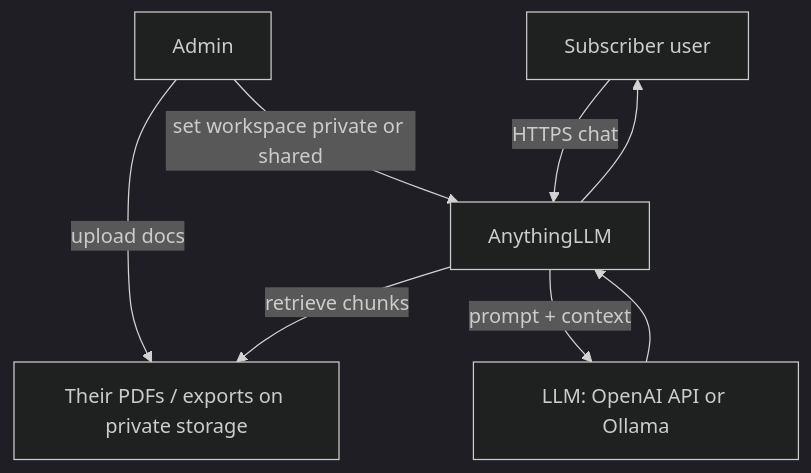
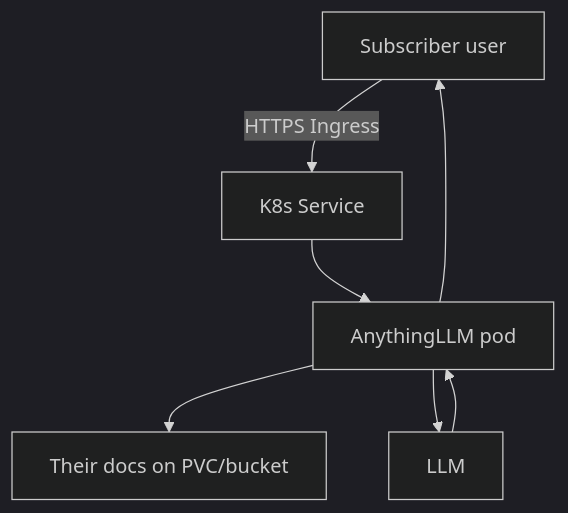
One commit to cameronhumdev/Autodesk-MCP changed the second of 3 diagrams in PLAN.md. Above: the diagram before and after it, drawn with Mermaid (dark theme). The commit also changed other lines of this file and 1 other file, not shown here.

````diff
--- a/PLAN.md
+++ b/PLAN.md
@@ -87,13 +93,10 @@
 ```mermaid
 flowchart TD
   User[Subscriber user]
-  User -->|HTTPS chat| ALLM[AnythingLLM]
-  ALLM -->|retrieve chunks| Docs[Their PDFs / exports on private storage]
-  ALLM -->|prompt + context| Brain[LLM: OpenAI API or Ollama]
+  User -->|HTTPS Ingress| SVC[K8s Service]
+  SVC --> ALLM[AnythingLLM pod]
+  ALLM --> Docs[Their docs on PVC/bucket]
+  ALLM --> Brain[LLM]
   Brain --> ALLM
   ALLM --> User
-
-  Admin[Admin]
-  Admin -->|upload docs| Docs
-  Admin -->|set workspace private or shared| ALLM
 ```
````
